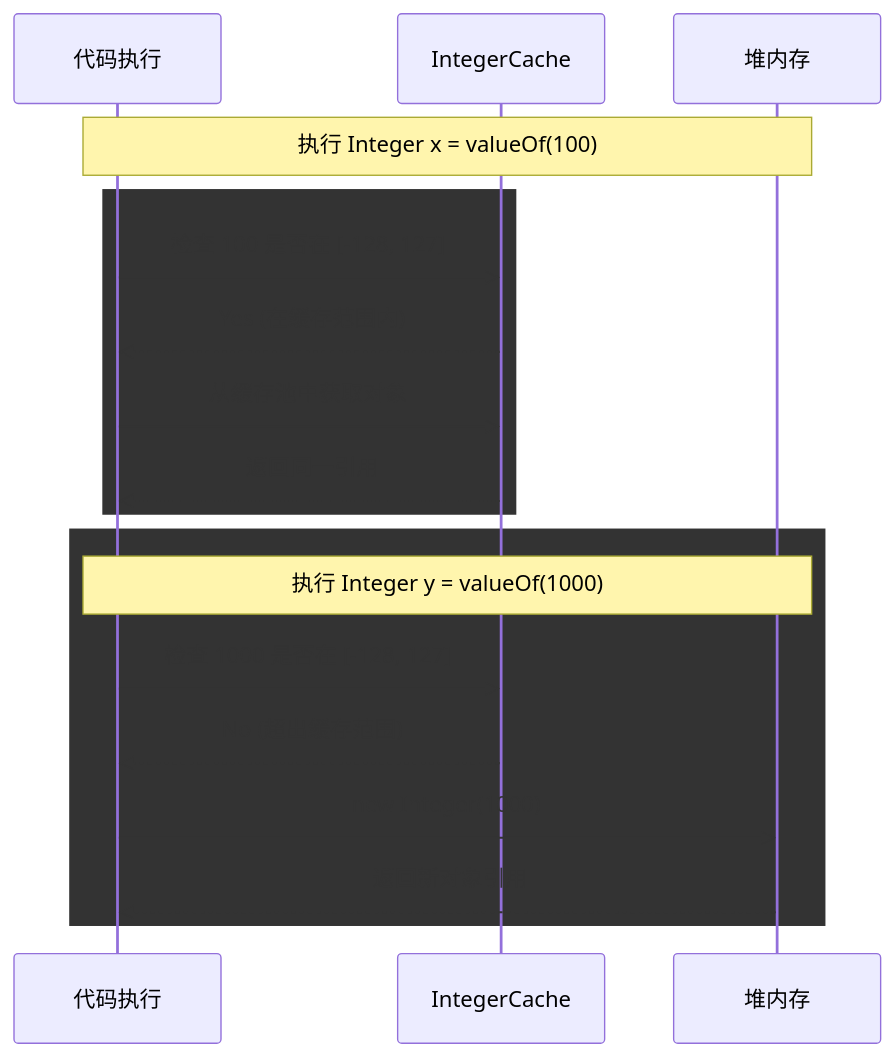
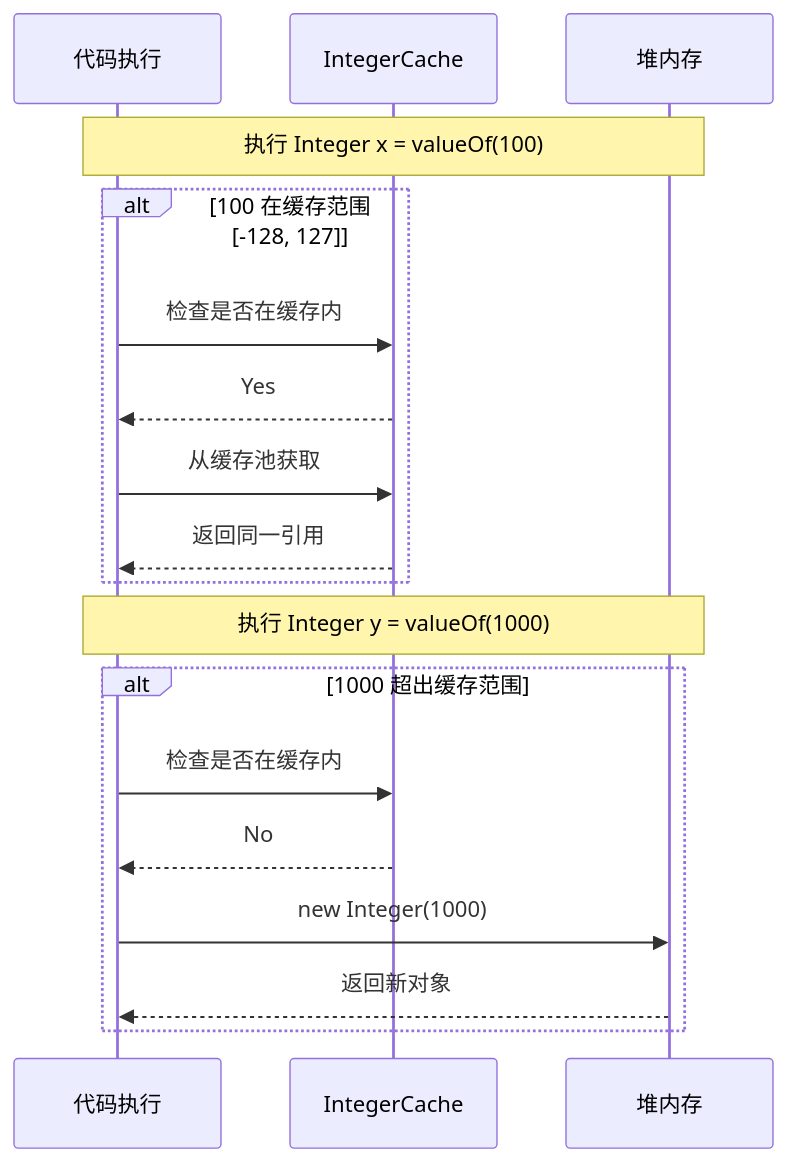
One commit to sword-demon/sword-demon.github.io changed the fourth of 4 diagrams in docs/java/base_strong.md. Above: the diagram before and after it, drawn with Mermaid. The commit also changed other lines of this file, not shown here.

````diff
--- a/docs/java/base_strong.md
+++ b/docs/java/base_strong.md
@@ -350,22 +347,23 @@
 ```mermaid
 sequenceDiagram
+    %% Integer Cache mechanism workflow
     participant Code as 代码执行
     participant Cache as IntegerCache
     participant Heap as 堆内存
 
-    Note over Code, Heap: 执行 Integer x = valueOf(100)
-    rect(rgb(200, 230, 255))
-        Code->>Cache: 检查 100 是否在 [-128, 127]
-        Cache-->>Code: Yes (在缓存范围内)
-        Code->>Cache: 从缓存池中获取对象
+    Note over Code,Heap: 执行 Integer x = valueOf(100)
+    alt 100 在缓存范围 [-128, 127]
+        Code->>Cache: 检查是否在缓存内
+        Cache-->>Code: Yes
+        Code->>Cache: 从缓存池获取
         Cache-->>Code: 返回同一引用
     end
 
-    rect(rgb(230, 200, 200))
-        Note over Code, Heap: 执行 Integer y = valueOf(1000)
-        Code->>Cache: 检查 1000 是否在 [-128, 127]
-        Cache-->>Code: No (超出缓存范围)
+    Note over Code,Heap: 执行 Integer y = valueOf(1000)
+    alt 1000 超出缓存范围
+        Code->>Cache: 检查是否在缓存内
+        Cache-->>Code: No
         Code->>Heap: new Integer(1000)
-        Heap-->>Code: 返回新对象引用
+        Heap-->>Code: 返回新对象
     end
 ```
````
